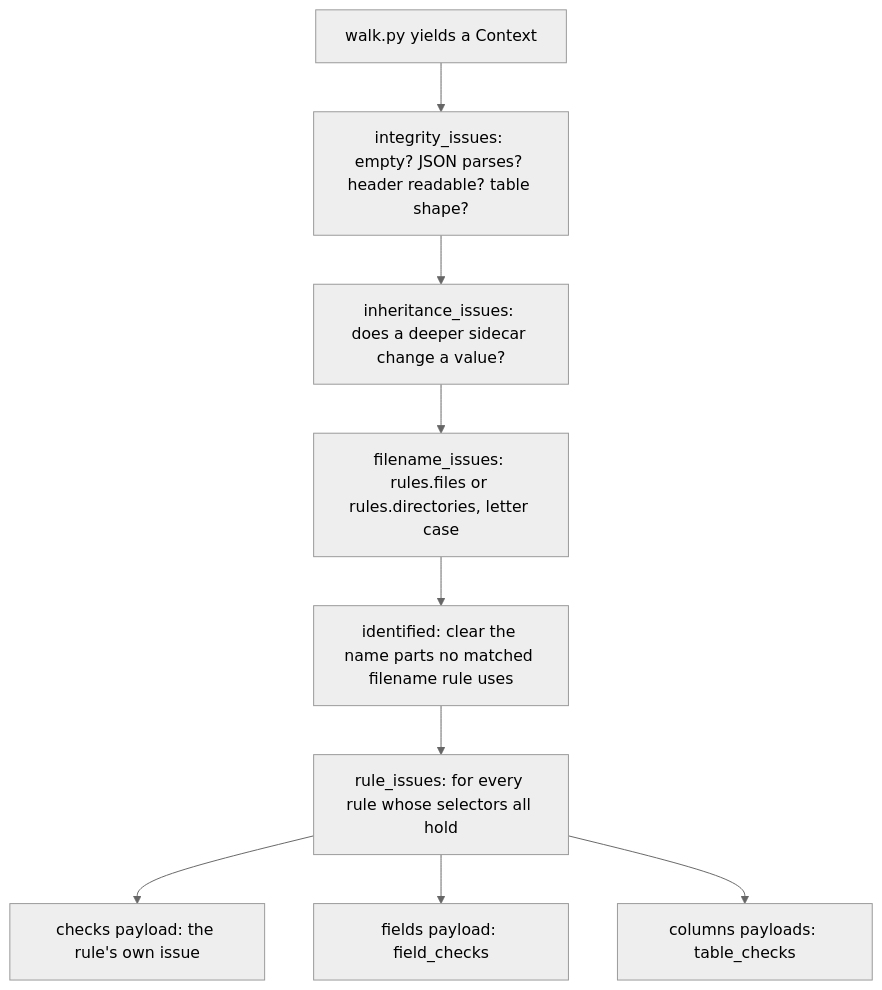
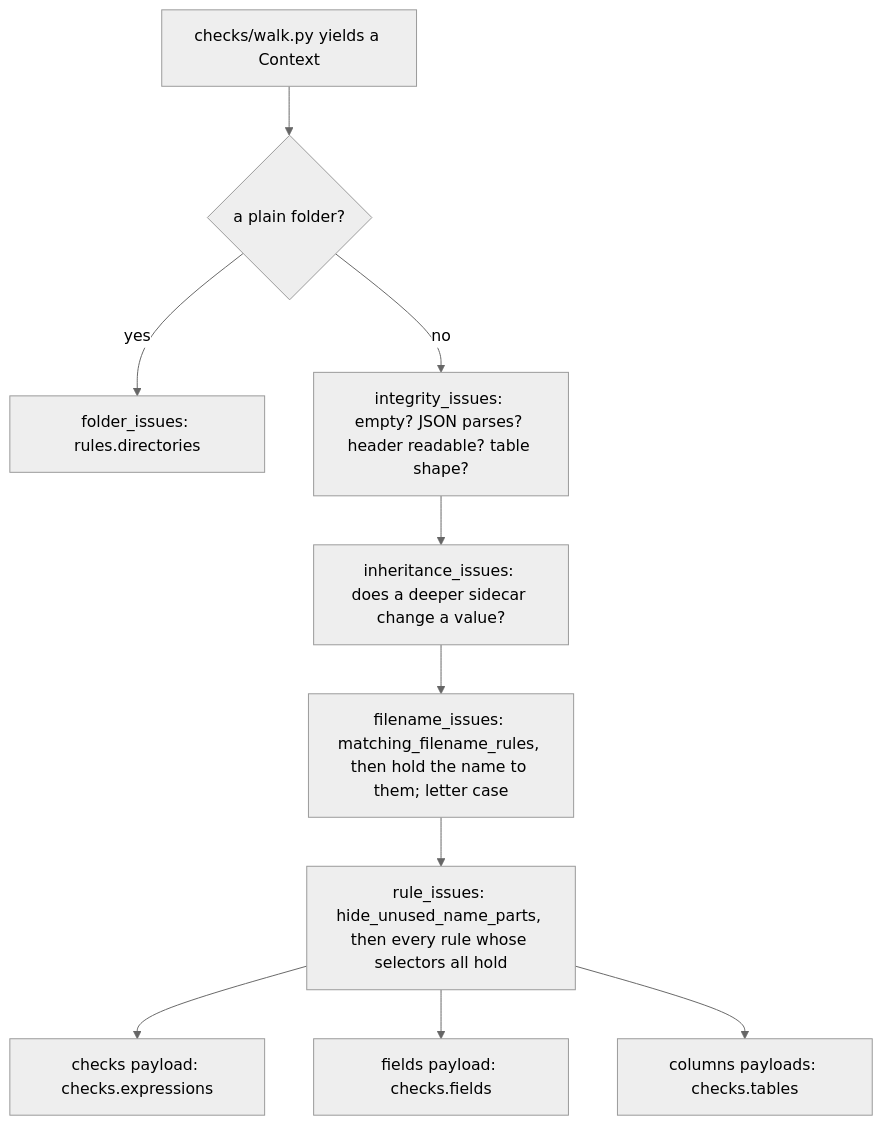
One commit to bids-standard/python-validator changed the second of 2 diagrams in docs/validation.md. Above: the diagram before and after it, drawn with Mermaid (neutral theme). The commit also changed other lines of this file and 38 other files, not shown here.

````diff
--- a/docs/validation.md
+++ b/docs/validation.md
@@ -88,11 +123,12 @@
 ```mermaid
 flowchart TD
-    W["walk.py yields a Context"] --> I["integrity_issues: empty? JSON parses? header readable? table shape?"]
+    W["checks/walk.py yields a Context"] --> D{"a plain folder?"}
+    D -- yes --> FOLDER["folder_issues: rules.directories"]
+    D -- no --> I["integrity_issues: empty? JSON parses? header readable? table shape?"]
     I --> H["inheritance_issues: does a deeper sidecar change a value?"]
-    H --> F["filename_issues: rules.files or rules.directories, letter case"]
-    F --> ID["identified: clear the name parts no matched filename rule uses"]
-    ID --> R["rule_issues: for every rule whose selectors all hold"]
-    R --> P1["checks payload: the rule's own issue"]
-    R --> P2["fields payload: field_checks"]
-    R --> P3["columns payloads: table_checks"]
+    H --> F["filename_issues: matching_filename_rules, then hold the name to them; letter case"]
+    F --> R["rule_issues: hide_unused_name_parts, then every rule whose selectors all hold"]
+    R --> P1["checks payload: checks.expressions"]
+    R --> P2["fields payload: checks.fields"]
+    R --> P3["columns payloads: checks.tables"]
 ```
````
